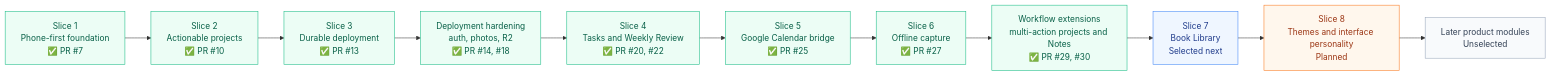
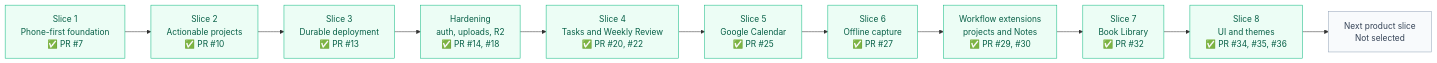
Before and after one commit to teravyte18/personal-control-center: the diagram in docs/roadmap.md, drawn with Mermaid. The commit also changed other lines of this file, not shown here.

Commit message:
docs: mark Library and UI slices complete

````diff
--- a/docs/roadmap.md
+++ b/docs/roadmap.md
@@ -7,25 +7,21 @@
 ```mermaid
 graph LR
     S1["Slice 1<br/>Phone-first foundation<br/>✅ PR #7"]
     S2["Slice 2<br/>Actionable projects<br/>✅ PR #10"]
     S3["Slice 3<br/>Durable deployment<br/>✅ PR #13"]
-    HARDEN["Deployment hardening<br/>auth, photos, R2<br/>✅ PR #14, #18"]
+    HARDEN["Hardening<br/>auth, uploads, R2<br/>✅ PR #14, #18"]
     S4["Slice 4<br/>Tasks and Weekly Review<br/>✅ PR #20, #22"]
-    S5["Slice 5<br/>Google Calendar bridge<br/>✅ PR #25"]
+    S5["Slice 5<br/>Google Calendar<br/>✅ PR #25"]
     S6["Slice 6<br/>Offline capture<br/>✅ PR #27"]
-    EXT["Workflow extensions<br/>multi-action projects and Notes<br/>✅ PR #29, #30"]
-    S7["Slice 7<br/>Book Library<br/>Selected next"]
-    S8["Slice 8<br/>Themes and interface personality<br/>Planned"]
-    POOL["Later product modules<br/>Unselected"]
+    EXT["Workflow extensions<br/>projects and Notes<br/>✅ PR #29, #30"]
+    S7["Slice 7<br/>Book Library<br/>✅ PR #32"]
+    S8["Slice 8<br/>UI and themes<br/>✅ PR #34, #35, #36"]
+    NEXT["Next product slice<br/>Not selected"]
 
-    S1 --> S2 --> S3 --> HARDEN --> S4 --> S5 --> S6 --> EXT --> S7 --> S8 --> POOL
+    S1 --> S2 --> S3 --> HARDEN --> S4 --> S5 --> S6 --> EXT --> S7 --> S8 --> NEXT
 
     classDef done fill:#ecfdf5,stroke:#10b981,color:#065f46;
-    classDef selected fill:#eff6ff,stroke:#3b82f6,color:#1e3a8a;
-    classDef planned fill:#fff7ed,stroke:#f97316,color:#9a3412;
     classDef pending fill:#f8fafc,stroke:#94a3b8,color:#334155;
-    class S1,S2,S3,HARDEN,S4,S5,S6,EXT done;
-    class S7 selected;
-    class S8 planned;
-    class POOL pending;
+    class S1,S2,S3,HARDEN,S4,S5,S6,EXT,S7,S8 done;
+    class NEXT pending;
 ```
````
